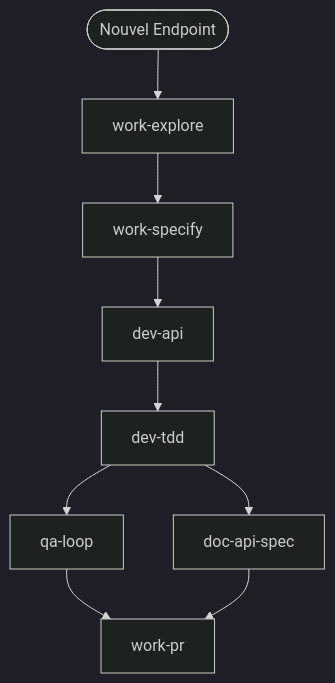
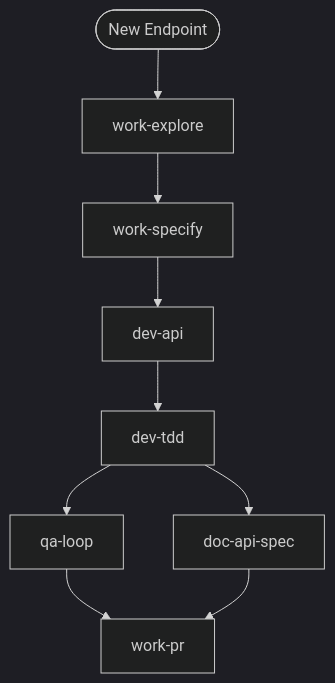
One commit to christopherlouet/claude-base changed the seventh of 8 diagrams in website/docs/concepts/workflows.md. Above: the diagram before and after it, drawn with Mermaid (dark theme). The commit also changed other lines of this file and 1 other file, not shown here.

````diff
--- a/website/docs/concepts/workflows.md
+++ b/website/docs/concepts/workflows.md
@@ -487,11 +487,11 @@
 ```mermaid
 flowchart TD
-    A([Nouvel Endpoint]) --> B[work-explore]
+    A([New Endpoint]) --> B[work-explore]
     B --> S[work-specify]
     S --> C[dev-api]
     C --> D[dev-tdd]
     D --> E[qa-loop]
     D --> F[doc-api-spec]
     E --> G[work-pr]
     F --> G
 ```
````
